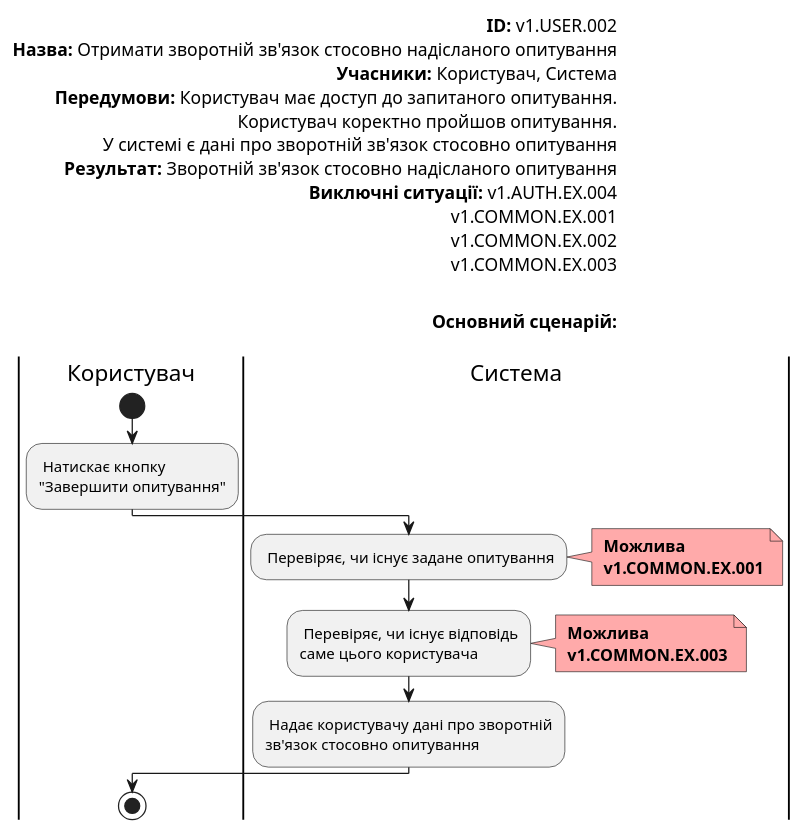
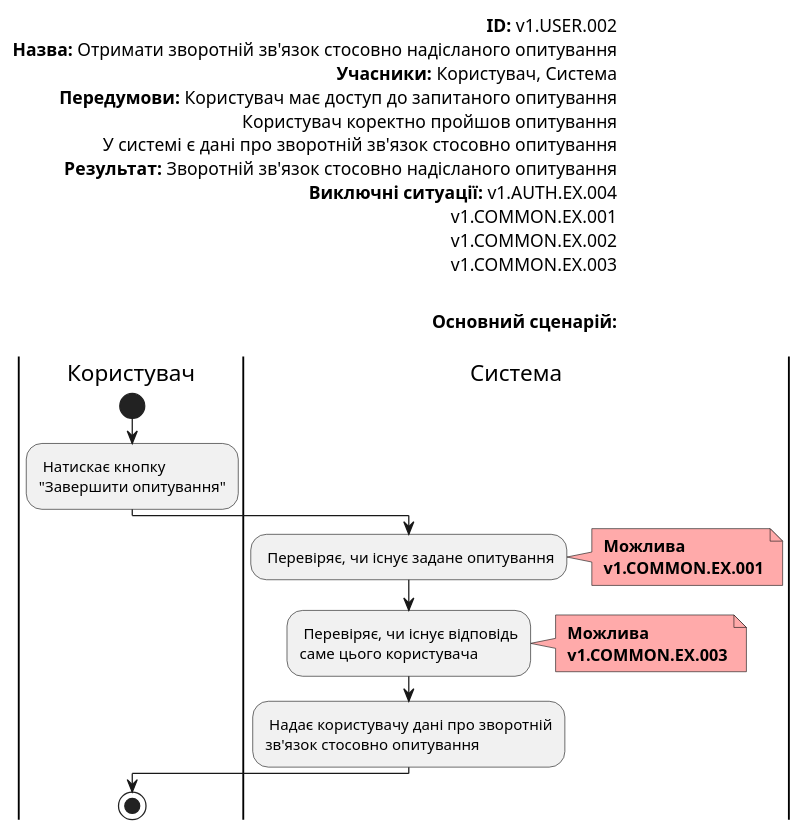
Before and after one commit to ic3top/QuizHub: the eighth of 19 diagrams in docs/use cases/README.md, drawn with PlantUML. The commit also changed other lines of this file, not shown here.

```diff
--- a/docs/use cases/README.md
+++ b/docs/use cases/README.md
@@ -210,45 +245,45 @@
 @startuml
 
     left header
         <font color=000 size=14><b>ID:</b> v1.USER.002
         <font color=000 size=14><b>Назва:</b> Отримати зворотній зв'язок стосовно надісланого опитування
         <font color=000 size=14><b>Учасники:</b> Користувач, Система
-        <font color=000 size=14><b>Передумови:</b> Користувач має доступ до запитаного опитування.
-        <font color=000 size=14> Користувач коректно пройшов опитування.
+        <font color=000 size=14><b>Передумови:</b> Користувач має доступ до запитаного опитування
+        <font color=000 size=14> Користувач коректно пройшов опитування
         <font color=000 size=14> У системі є дані про зворотній зв'язок стосовно опитування
         <font color=000 size=14><b>Результат:</b> Зворотній зв'язок стосовно надісланого опитування
         <font color=000 size=14><b>Виключні ситуації:</b> v1.AUTH.EX.004
         <font color=000 size=14> v1.COMMON.EX.001
         <font color=000 size=14> v1.COMMON.EX.002
         <font color=000 size=14> v1.COMMON.EX.003
 
 
         <font color=000 size=14><b>Основний сценарій:</b>
 
     end header
 
     |Користувач|
         start
         : Натискає кнопку
         "Завершити опитування";
     |Система|
         : Перевіряє, чи існує задане опитування;
         note right #ffaaaa
         <b> Можлива
         <b> v1.COMMON.EX.001
         end note
 
         : Перевіряє, чи існує відповідь
         саме цього користувача;
         note right #ffaaaa
         <b> Можлива
         <b> v1.COMMON.EX.003
         end note
 
         : Надає користувачу дані про зворотній
         зв'язок стосовно опитування;
 
     |Користувач|
         stop;
 
 @enduml
```
